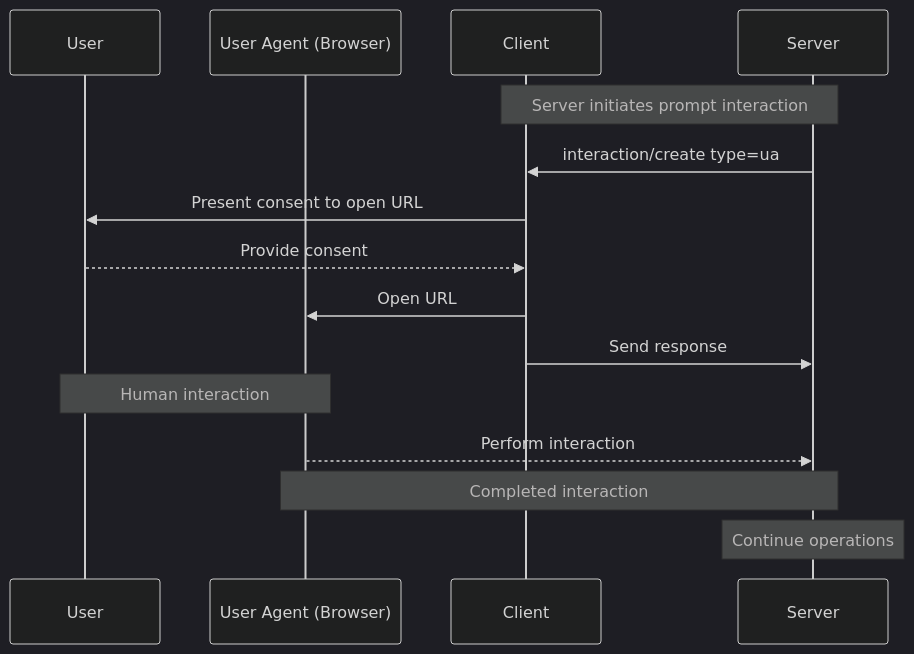
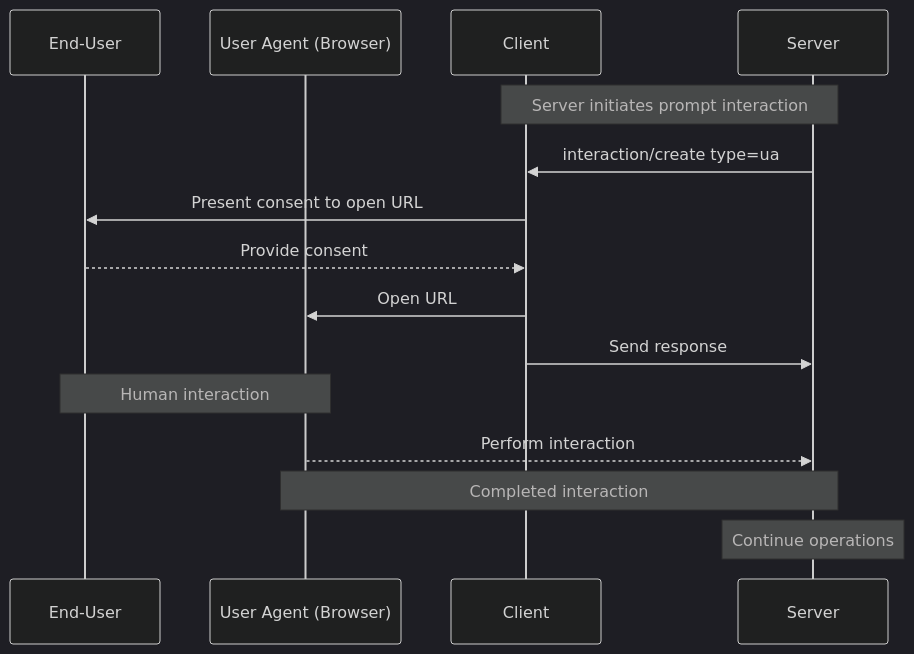
Before and after one commit to modelcontextprotocol/specification: the first of 2 diagrams in docs/specification/draft/client/user_interaction.mdx, drawn with Mermaid (dark theme). The commit also changed other lines of this file, not shown here.

````diff
--- a/docs/specification/draft/client/user_interaction.mdx
+++ b/docs/specification/draft/client/user_interaction.mdx
@@ -85,22 +177,22 @@
 ```mermaid
 sequenceDiagram
-    participant U as User
+    participant U as End-User
     participant B as User Agent (Browser)
     participant C as Client
     participant S as Server
 
     Note over S,C: Server initiates prompt interaction
     S->>C: interaction/create type=ua
 
     C->>U: Present consent to open URL
     U-->>C: Provide consent
 
     C->>B: Open URL
     C->>S: Send response
     Note over U,B: Human interaction
     B-->>S: Perform interaction
 
     Note over S,B: Completed interaction
 
     Note over S: Continue operations
 ```
````
